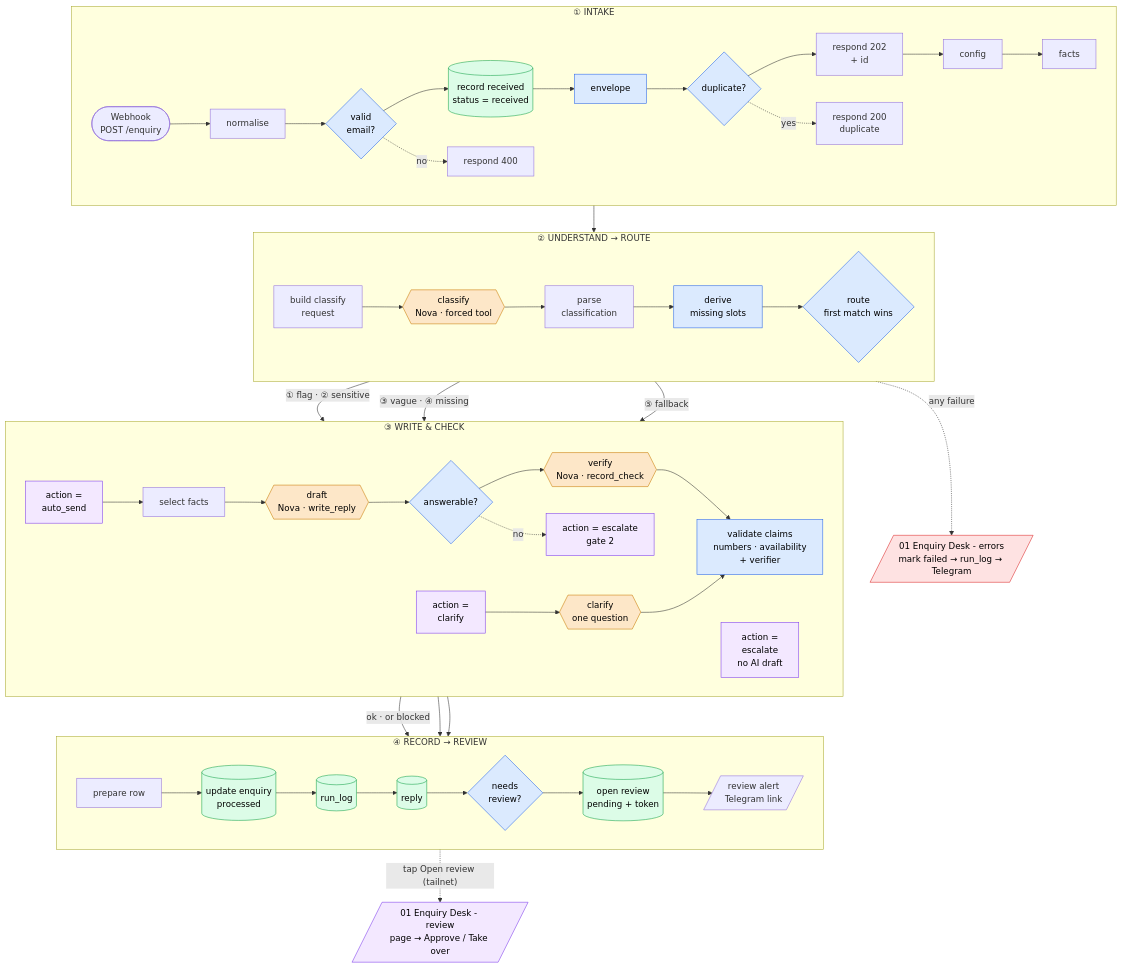
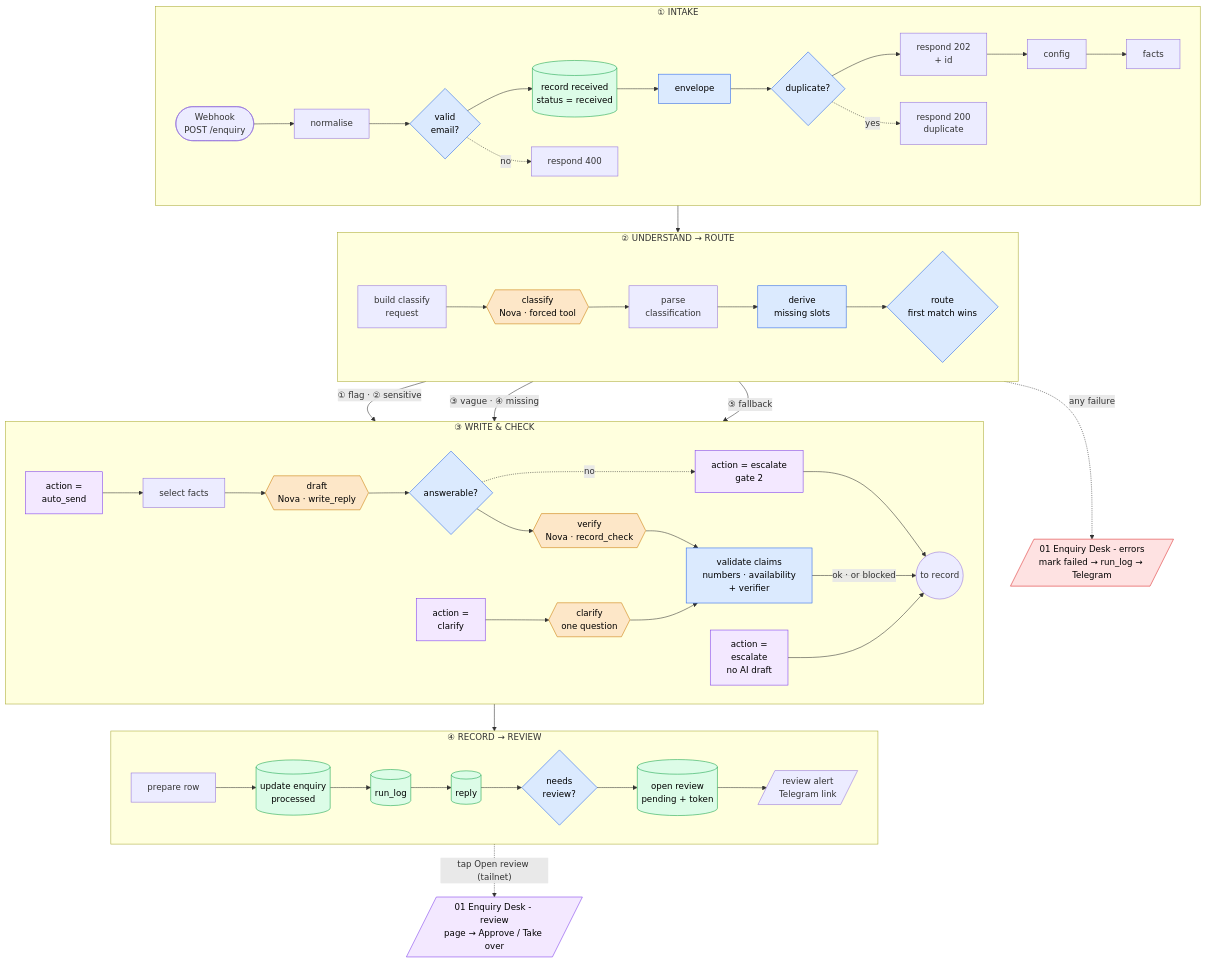
One commit to deeowemez/enquiry-desk changed the diagram in STATE.md. Above: the diagram before and after it, drawn with Mermaid. The commit also changed other lines of this file and 3 other files, not shown here.

````diff
--- a/STATE.md
+++ b/STATE.md
@@ -38,51 +54,53 @@
 ```mermaid
 flowchart TB
   subgraph S1["① INTAKE"]
     direction LR
     W([Webhook<br/>POST /enquiry]) --> N[normalise] --> VE{valid<br/>email?} --> RR[(record received<br/>status = received)] --> EN[envelope] --> DU{duplicate?} --> OK[respond 202<br/>+ id] --> CFG[config] --> F[facts]
     VE -. no .-> R4[respond 400]
     DU -. yes .-> R2[respond 200<br/>duplicate]
   end
 
   subgraph S2["② UNDERSTAND → ROUTE"]
     direction LR
     BC[build classify<br/>request] --> C{{classify<br/>Nova · forced tool}} --> PC[parse<br/>classification] --> D[derive<br/>missing slots] --> R{route<br/>first match wins}
   end
 
   subgraph S3["③ WRITE & CHECK"]
     direction LR
     A[action =<br/>auto_send] --> SF[select facts] --> DR{{draft<br/>Nova · write_reply}} --> G{answerable?} --> VF{{verify<br/>Nova · record_check}} --> V[validate claims<br/>numbers · availability<br/>+ verifier]
     G -. no .-> E2[action = escalate<br/>gate 2]
     Q[action =<br/>clarify] --> CL{{clarify<br/>one question}} --> V
     E[action =<br/>escalate<br/>no AI draft]
+    TR((to record))
   end
 
   subgraph S4["④ RECORD → REVIEW"]
     direction LR
     P[prepare row] --> IE[(update enquiry<br/>processed)] --> RL[(run_log)] --> RP[(reply)] --> NR{needs<br/>review?} --> OR[(open review<br/>pending + token)] --> TG[/review alert<br/>Telegram link/]
   end
 
   X[/"01 Enquiry Desk - errors<br/>mark failed → run_log → Telegram"/]
   RV[/"01 Enquiry Desk - review<br/>page → Approve / Take over"/]
 
   F --> BC
   R -- "① flag · ② sensitive" --> E
   R -- "③ vague · ④ missing" --> Q
   R -- "⑤ fallback" --> A
-  V -- "ok · or blocked" --> P
-  E --> P
-  E2 --> P
+  V -- "ok · or blocked" --> TR
+  E --> TR
+  E2 --> TR
+  TR --> P
   TG -. "tap Open review (tailnet)" .-> RV
   C -. "any failure" .-> X
 
   classDef model fill:#fde7c8,stroke:#c97a00,color:#000
   classDef code fill:#dbeafe,stroke:#2563eb,color:#000
   classDef db fill:#dcfce7,stroke:#16a34a,color:#000
   classDef act fill:#f3e8ff,stroke:#7c3aed,color:#000
   classDef gap fill:#fee2e2,stroke:#dc2626,color:#000
   class C,DR,CL,VF model
   class D,R,G,V,EN,VE,DU,NR code
   class RR,IE,RL,RP,OR db
   class A,Q,E,E2,RV act
   class X gap
 ```
````
